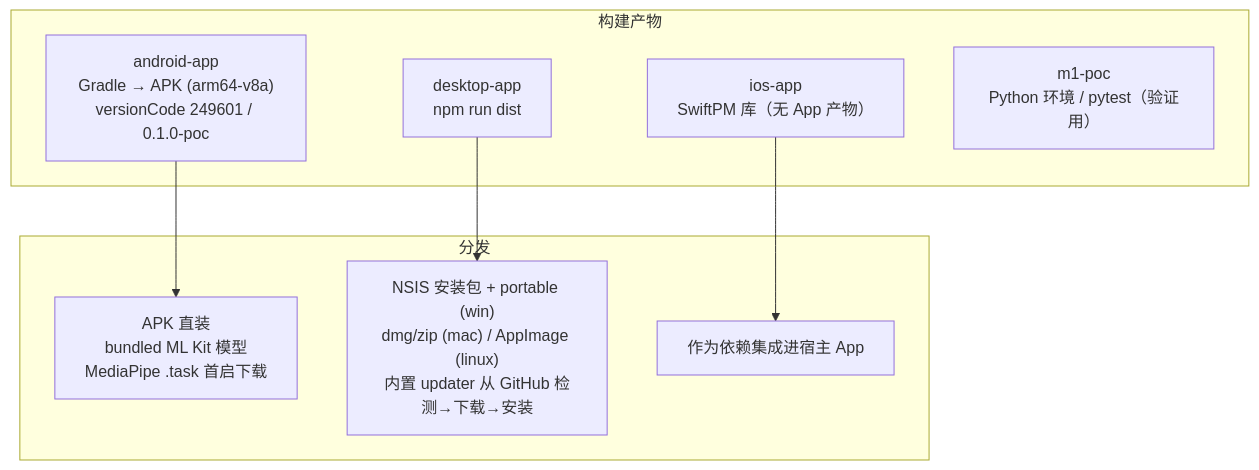
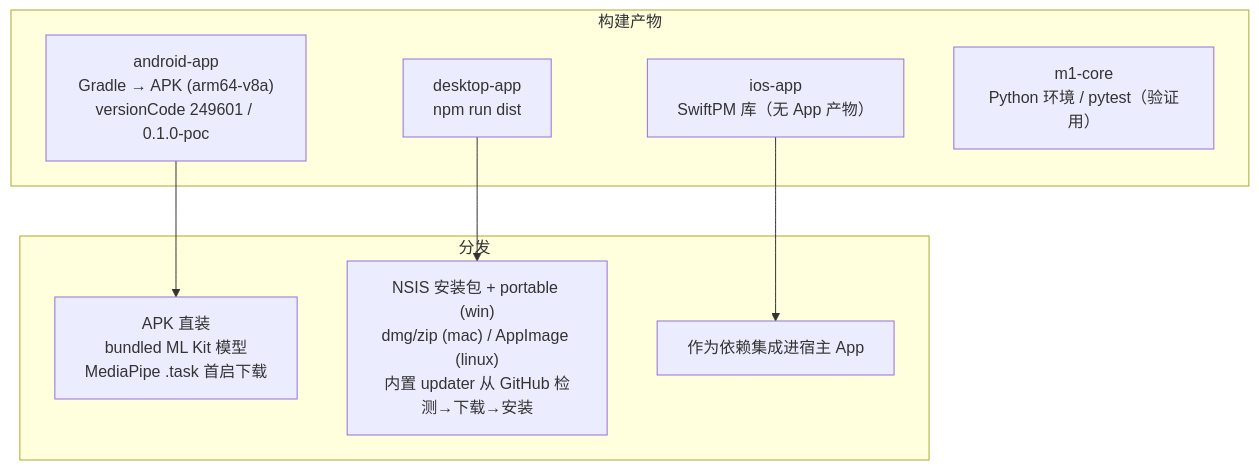
Before and after one commit to wangnan05563/EmoReply: the eighth of 8 diagrams in docs/系统架构设计.md, drawn with Mermaid. The commit also changed other lines of this file and 109 other files, not shown here.

First line of the commit message:
refactor: 统一各端命名从 m1-poc 改为 m1-core，新增 m1-core 核心参考实现

````diff
--- a/docs/系统架构设计.md
+++ b/docs/系统架构设计.md
@@ -364,17 +364,17 @@
 ```mermaid
 flowchart TB
     subgraph Build["构建产物"]
         BA["android-app<br/>Gradle → APK (arm64-v8a)<br/>versionCode 249601 / 0.1.0-poc"]
         BD["desktop-app<br/>npm run dist"]
         BI["ios-app<br/>SwiftPM 库（无 App 产物）"]
-        BP["m1-poc<br/>Python 环境 / pytest（验证用）"]
+        BP["m1-core<br/>Python 环境 / pytest（验证用）"]
     end
     subgraph Dist["分发"]
         DA["APK 直装<br/>bundled ML Kit 模型<br/>MediaPipe .task 首启下载"]
         DD["NSIS 安装包 + portable (win)<br/>dmg/zip (mac) / AppImage (linux)<br/>内置 updater 从 GitHub 检测→下载→安装"]
         DI["作为依赖集成进宿主 App"]
     end
     BA --> DA
     BD --> DD
     BI --> DI
 ```
````
